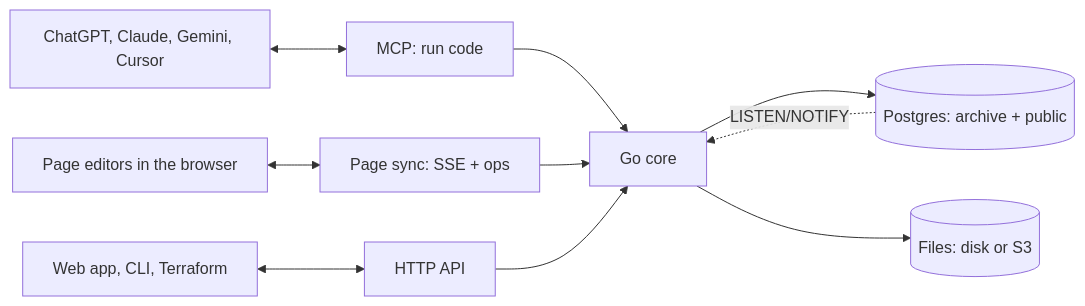
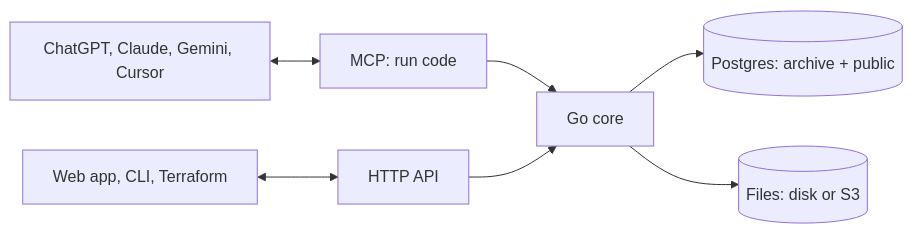
Before and after one commit to Mulholland-Inc/archive: the diagram in README.md, drawn with Mermaid. The commit also changed other lines of this file and 57 other files, not shown here.

````diff
--- a/README.md
+++ b/README.md
@@ -184,9 +184,7 @@
 ```mermaid
 flowchart LR
   Apps[ChatGPT, Claude, Gemini, Cursor] <--> MCP[MCP: run code] --> Core[Go core]
-  Editors[Page editors in the browser] <--> Sync[Page sync: SSE + ops] --> Core
   Clients[Web app, CLI, Terraform] <--> API[HTTP API] --> Core
   Core --> PG[(Postgres: archive + public)]
   Core --> Files[(Files: disk or S3)]
-  PG -. LISTEN/NOTIFY .-> Core
 ```
````
